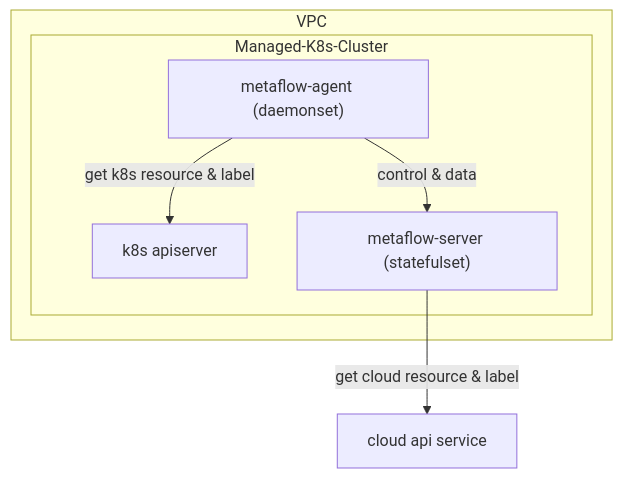
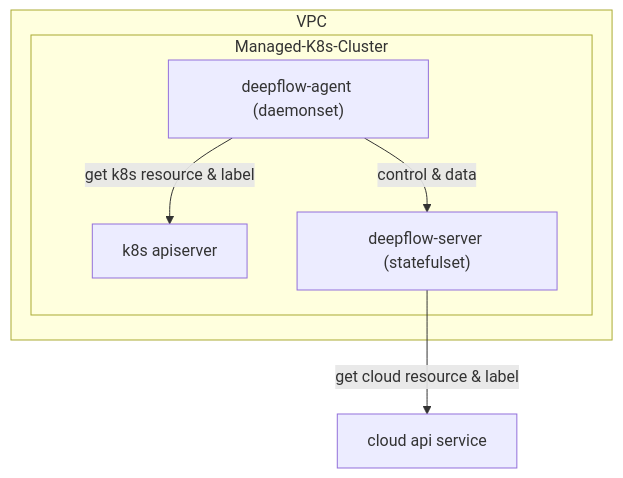
One commit to deepflowio/docs changed the diagram in zh/02-install/07-managed-k8s.md. Above: the diagram before and after it, drawn with Mermaid. The commit also changed 23 other files, not shown here.

Commit message:
rename metaflow to deepflow

````diff
--- a/zh/02-install/07-managed-k8s.md
+++ b/zh/02-install/07-managed-k8s.md
@@ -11,16 +11,16 @@
 ```mermaid
 flowchart TD
 
 subgraph VPC
   subgraph Managed-K8s-Cluster
     APIServer["k8s apiserver"]
-    DeepFlowAgent["metaflow-agent (daemonset)"]
-    DeepFlowServer["metaflow-server (statefulset)"]
+    DeepFlowAgent["deepflow-agent (daemonset)"]
+    DeepFlowServer["deepflow-server (statefulset)"]
 
     DeepFlowAgent -->|"get k8s resource & label"| APIServer
     DeepFlowAgent -->|"control & data"| DeepFlowServer
   end
 end
 
 DeepFlowServer -->|"get cloud resource & label"| CloudAPI[cloud api service]
 ```
````
